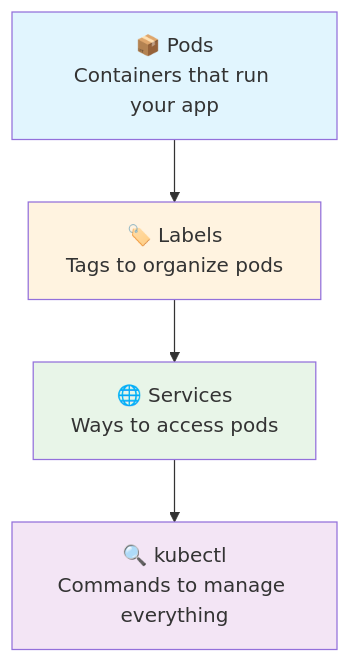
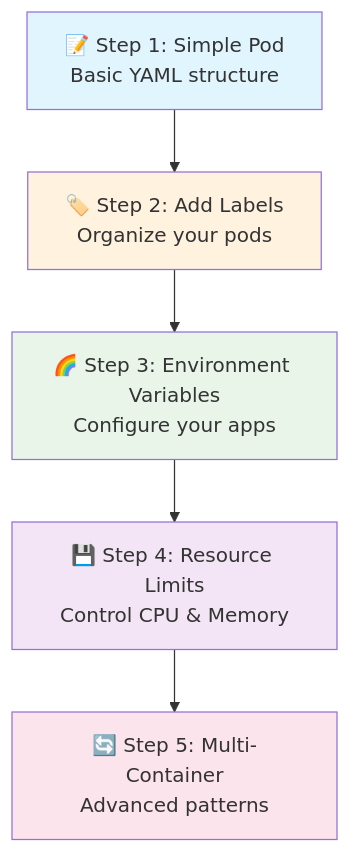
The first of 2 diagrams in Section-2-DevOps/Session-7_Kubernetes/02-basics/README.md (manikcloud/cloud-devops-learning-path), drawn with Mermaid before and after one commit. The commit also changed other lines of this file, not shown here.

First line of the commit message:
Create comprehensive step-by-step pod YAML writing guide

````diff
--- a/Section-2-DevOps/Session-7_Kubernetes/02-basics/README.md
+++ b/Section-2-DevOps/Session-7_Kubernetes/02-basics/README.md
@@ -16,11 +16,13 @@
 ```mermaid
 graph TD
-    A[📦 Pods<br/>Containers that run your app] --> B[🏷️ Labels<br/>Tags to organize pods]
-    B --> C[🌐 Services<br/>Ways to access pods]
-    C --> D[🔍 kubectl<br/>Commands to manage everything]
+    A[📝 Step 1: Simple Pod<br/>Basic YAML structure] --> B[🏷️ Step 2: Add Labels<br/>Organize your pods]
+    B --> C[🌈 Step 3: Environment Variables<br/>Configure your apps]
+    C --> D[💾 Step 4: Resource Limits<br/>Control CPU & Memory]
+    D --> E[🔄 Step 5: Multi-Container<br/>Advanced patterns]
     
     style A fill:#e1f5fe
     style B fill:#fff3e0
     style C fill:#e8f5e8
     style D fill:#f3e5f5
+    style E fill:#fce4ec
 ```
````
